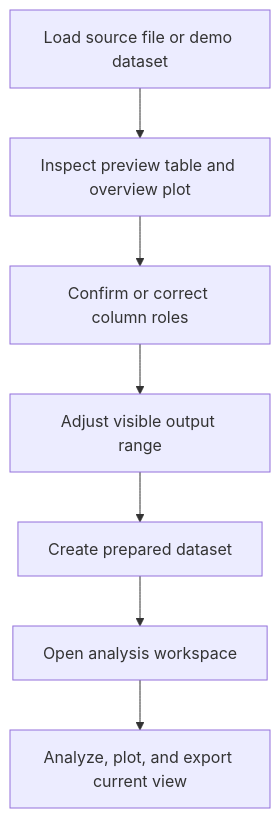
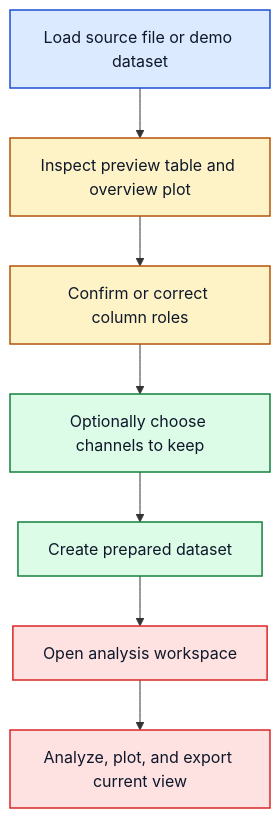
One commit to jameskiki/Data-Signals-and-Systems changed the first of 2 diagrams in docs/user-guide.md. Above: the diagram before and after it, drawn with Mermaid. The commit also changed other lines of this file and 48 other files, not shown here.

````diff
--- a/docs/user-guide.md
+++ b/docs/user-guide.md
@@ -14,9 +11,19 @@
 ```mermaid
 flowchart TB
     A[Load source file or demo dataset] --> B[Inspect preview table and overview plot]
     B --> C[Confirm or correct column roles]
-    C --> D[Adjust visible output range]
+    C --> D[Optionally choose channels to keep]
     D --> E[Create prepared dataset]
     E --> F[Open analysis workspace]
     F --> G[Analyze, plot, and export current view]
+
+    classDef source fill:#dbeafe,stroke:#1d4ed8,color:#0f172a,stroke-width:1.5px;
+    classDef inspect fill:#fef3c7,stroke:#b45309,color:#0f172a,stroke-width:1.5px;
+    classDef prepare fill:#dcfce7,stroke:#15803d,color:#0f172a,stroke-width:1.5px;
+    classDef analysis fill:#fee2e2,stroke:#dc2626,color:#0f172a,stroke-width:1.5px;
+
+    class A source;
+    class B,C inspect;
+    class D,E prepare;
+    class F,G analysis;
 ```
````
